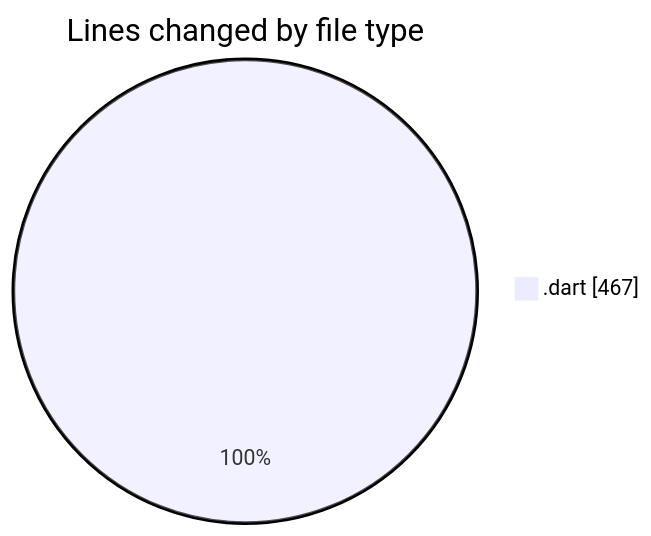
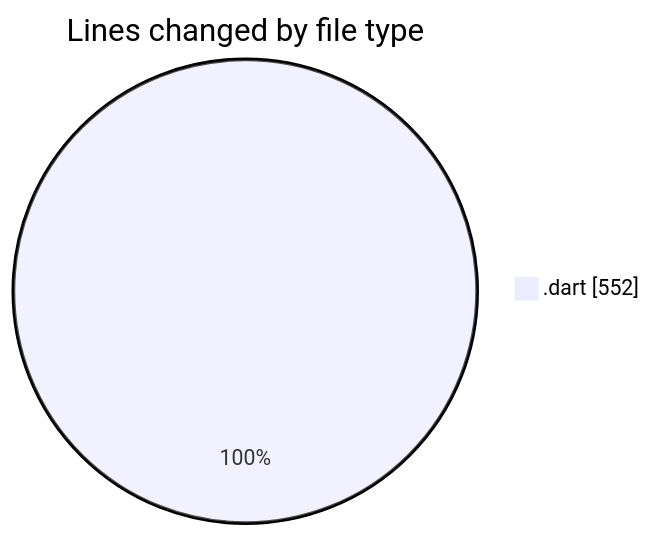
One commit to donsfak/code-tracking changed the first of 2 diagrams in 2025-01-14/trackers_app/README.md. Above: the diagram before and after it, drawn with Mermaid. The commit also changed other lines of this file and 1 other file, not shown here.

````diff
--- a/2025-01-14/trackers_app/README.md
+++ b/2025-01-14/trackers_app/README.md
@@ -26,5 +27,5 @@
 ```mermaid
 pie showData
 title Lines changed by file type
-".dart" : 467
+".dart" : 552
 ```
````
